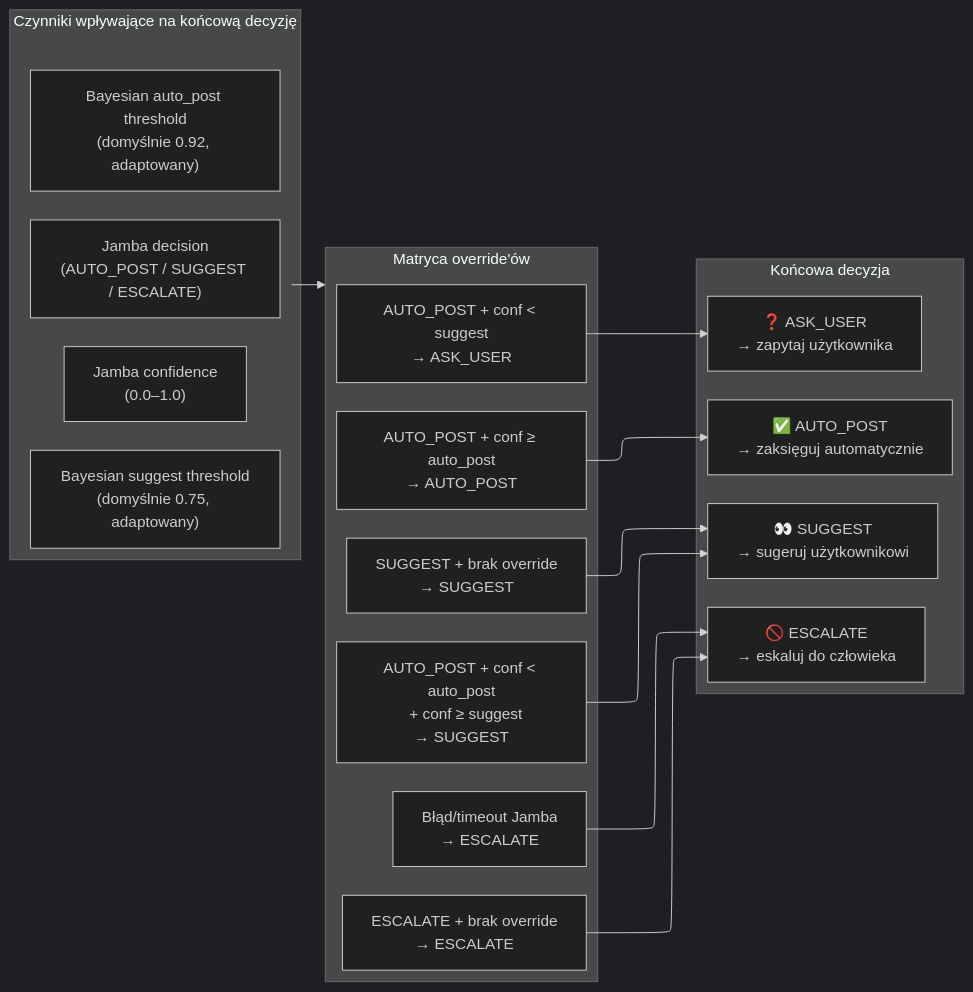
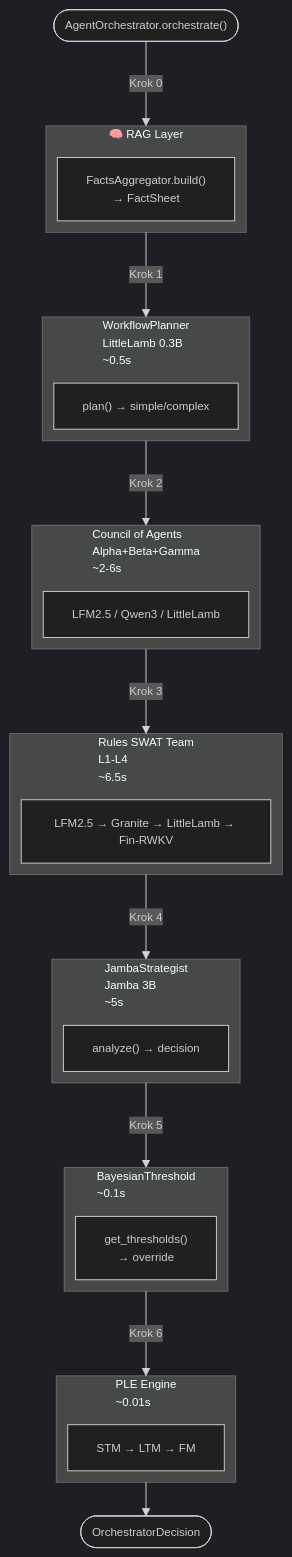
One commit to Gorski-Maciej/NexusAI changed the seventh of 7 diagrams in docs/DECISION_FLOW.md. Above: the diagram before and after it, drawn with Mermaid. The commit also changed other lines of this file and 74 other files, not shown here.

````diff
--- a/docs/DECISION_FLOW.md
+++ b/docs/DECISION_FLOW.md
@@ -499,34 +390,42 @@
 ```mermaid
-%%{init: {"flowchart": {"defaultRenderer": "elk"}, "theme": "dark"}}%%
-flowchart LR
-    subgraph Inputs["Czynniki wpływające na końcową decyzję"]
-        I1["Jamba decision\n(AUTO_POST / SUGGEST / ESCALATE)"]
-        I2["Jamba confidence\n(0.0–1.0)"]
-        I3["Bayesian auto_post threshold\n(domyślnie 0.92, adaptowany)"]
-        I4["Bayesian suggest threshold\n(domyślnie 0.75, adaptowany)"]
+%%{init: {"flowchart": {"defaultRenderer": "elk"}, "theme": "dark", "themeVariables": {"fontSize": "12px"}}}%%
+flowchart TB
+    START(["AgentOrchestrator.orchestrate()"]) -->|"Krok 0"| RAG
+
+    subgraph RAG["🧠 RAG Layer"]
+        FA["FactsAggregator.build()\n→ FactSheet"]
+    end
+    RAG -->|"Krok 1"| WP
+
+    subgraph WP["WorkflowPlanner\nLittleLamb 0.3B\n~0.5s"]
+        WPP["plan() → simple/complex"]
+    end
+    WP -->|"Krok 2"| COA
+
+    subgraph COA["Council of Agents\nAlpha+Beta+Gamma\n~2-6s"]
+        CA["LFM2.5 / Qwen3 / LittleLamb"]
+    end
+    COA -->|"Krok 3"| RST
+
+    subgraph RST["Rules SWAT Team\nL1-L4\n~6.5s"]
+        R1["LFM2.5 → Granite → LittleLamb → Fin-RWKV"]
+    end
+    RST -->|"Krok 4"| JS
+
+    subgraph JS["JambaStrategist\nJamba 3B\n~5s"]
+        JI["analyze() → decision"]
+    end
+    JS -->|"Krok 5"| BL
+
+    subgraph BL["BayesianThreshold\n~0.1s"]
+        BT["get_thresholds()\n→ override"]
+    end
+    BL -->|"Krok 6"| PLE
+
+    subgraph PLE["PLE Engine\n~0.01s"]
+        PL["STM → LTM → FM"]
     end
 
-    subgraph Matrix["Matryca override'ów"]
-        M1["AUTO_POST + conf ≥ auto_post\n→ AUTO_POST"]
-        M2["AUTO_POST + conf < auto_post\n  + conf ≥ suggest\n→ SUGGEST"]
-        M3["AUTO_POST + conf < suggest\n→ ASK_USER"]
-        M4["SUGGEST + brak override\n→ SUGGEST"]
-        M5["ESCALATE + brak override\n→ ESCALATE"]
-        M6["Błąd/timeout Jamba\n→ ESCALATE"]
-    end
-
-    subgraph Output["Końcowa decyzja"]
-        O1["✅ AUTO_POST\n→ zaksięguj automatycznie"]
-        O2["👀 SUGGEST\n→ sugeruj użytkownikowi"]
-        O3["❓ ASK_USER\n→ zapytaj użytkownika"]
-        O4["🚫 ESCALATE\n→ eskaluj do człowieka"]
-    end
-
-    Inputs --> Matrix
-    M1 --> O1
-    M2 --> O2
-    M4 --> O2
-    M3 --> O3
-    M5 --> O4
-    M6 --> O4
+    PLE --> RET
+    RET(["OrchestratorDecision"])
 ```
````
